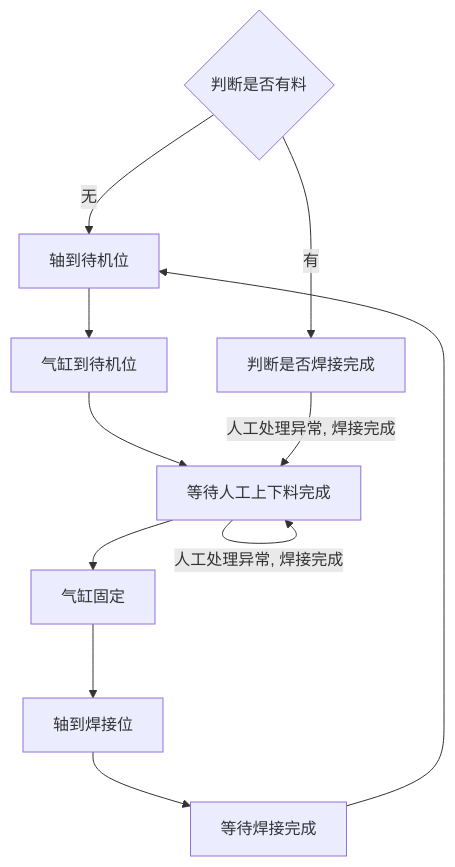
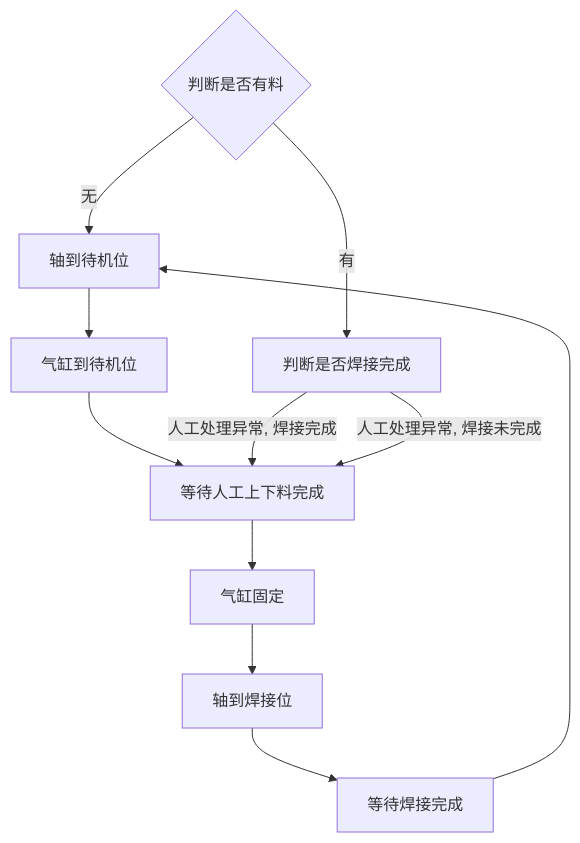
The diagram in all/OP10 上料工位自动流程.md (PengKun1/iodraw-files), drawn with Mermaid before and after one commit.

Commit message:
2024-08-02 11:04:24 update

````diff
--- a/all/OP10 上料工位自动流程.md
+++ b/all/OP10 上料工位自动流程.md
@@ -1,15 +1,15 @@
 ```mermaid
 graph TD
 10{判断是否有料}-->|无|20
 10-->|有|900
 20[轴到待机位]-->30
 30[气缸到待机位]-->40
 40[等待人工上下料完成]-->50
 50[气缸固定]-->60
 60[轴到焊接位]-->70
 70[等待焊接完成]-->20
 
 
 900[判断是否焊接完成]-->|人工处理异常, 焊接完成|40
--->|人工处理异常, 焊接完成|40
+900-->|人工处理异常, 焊接未完成|40
 ```
````
